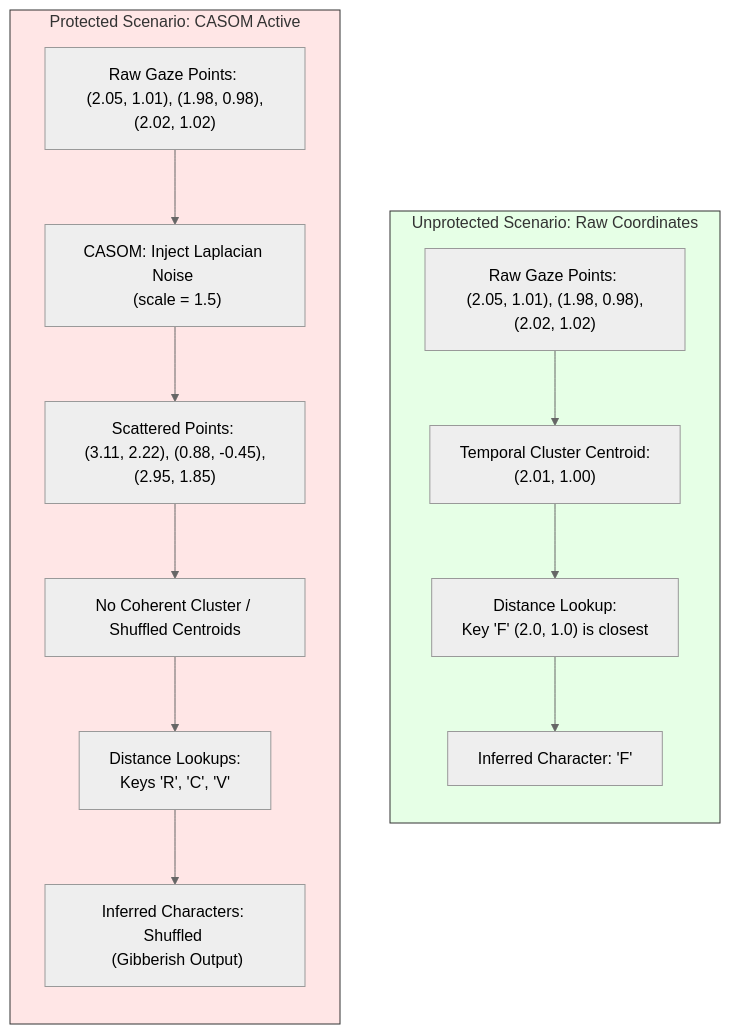
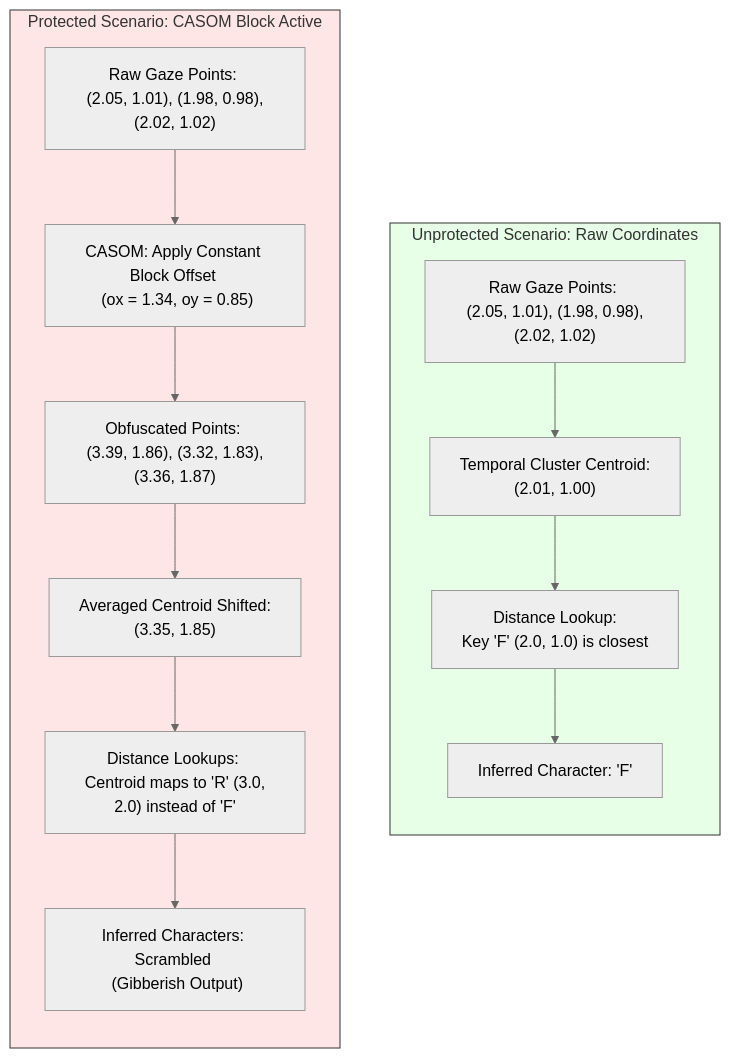
Before and after one commit to AzDevops143/CSIEEE: the second of 2 diagrams in howprotecting.md, drawn with Mermaid (neutral theme). The commit also changed other lines of this file and 13 other files, not shown here.

````diff
--- a/howprotecting.md
+++ b/howprotecting.md
@@ -110,21 +112,21 @@
 ```mermaid
 flowchart TD
     subgraph Scenario_1 [Unprotected Scenario: Raw Coordinates]
         direction TB
         A1["Raw Gaze Points: <br> (2.05, 1.01), (1.98, 0.98), (2.02, 1.02)"] --> B1["Temporal Cluster Centroid: <br> (2.01, 1.00)"]
         B1 --> C1["Distance Lookup: <br> Key 'F' (2.0, 1.0) is closest"]
         C1 --> D1["Inferred Character: 'F'"]
     end
     
-    subgraph Scenario_2 [Protected Scenario: CASOM Active]
+    subgraph Scenario_2 [Protected Scenario: CASOM Block Active]
         direction TB
-        A2["Raw Gaze Points: <br> (2.05, 1.01), (1.98, 0.98), (2.02, 1.02)"] --> B2["CASOM: Inject Laplacian Noise <br> (scale = 1.5)"]
-        B2 --> C2["Scattered Points: <br> (3.11, 2.22), (0.88, -0.45), (2.95, 1.85)"]
-        C2 --> D2["No Coherent Cluster / Shuffled Centroids"]
-        D2 --> E2["Distance Lookups: <br> Keys 'R', 'C', 'V'"]
-        E2 --> F2["Inferred Characters: Shuffled <br> (Gibberish Output)"]
+        A2["Raw Gaze Points: <br> (2.05, 1.01), (1.98, 0.98), (2.02, 1.02)"] --> B2["CASOM: Apply Constant Block Offset <br> (ox = 1.34, oy = 0.85)"]
+        B2 --> C2["Obfuscated Points: <br> (3.39, 1.86), (3.32, 1.83), (3.36, 1.87)"]
+        C2 --> D2["Averaged Centroid Shifted: <br> (3.35, 1.85)"]
+        D2 --> E2["Distance Lookups: <br> Centroid maps to 'R' (3.0, 2.0) instead of 'F'"]
+        E2 --> F2["Inferred Characters: Scrambled <br> (Gibberish Output)"]
     end
 
     style Scenario_1 fill:#e6ffe6,stroke:#333
     style Scenario_2 fill:#ffe6e6,stroke:#333
 ```
````
